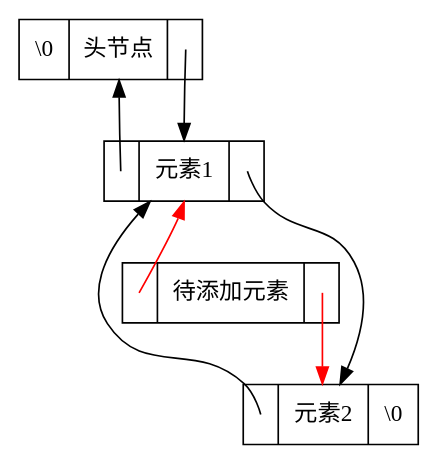
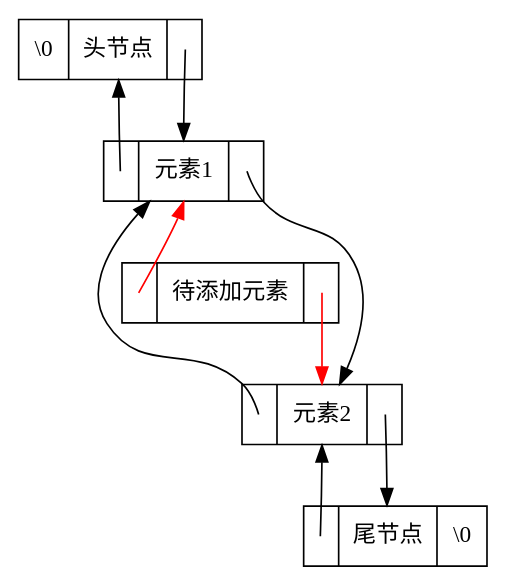
Diagram 24 of 31 in src/第一章-线性结构.md (xavierwoo/data_structrues_notes), drawn with Graphviz before and after one commit. The commit also changed other lines of this file and 1 other file, not shown here.

````diff
--- a/src/第一章-线性结构.md
+++ b/src/第一章-线性结构.md
@@ -553,16 +930,20 @@
 ```dot
 digraph G{
     node [shape = record]
-    H [label = "<p> \\0|<data> 头节点|<n> " group="list"]
+    H [label = "<p> \\0|<data> 头节点|<n> " 
+    group="list"]
     A [label = "<p> |<data> 元素1|<n> " group="list"]
     B [label = "<p> |<data> 待添加元素|<n> "]
-    C [label = "<p> |<data> 元素2|<n> \\0"]
+    C [label = "<p> |<data> 元素2|<n> "]
+    T [label = "<p> |<data> 尾节点|<n> \\0"]
     A:n:c -> C:data:c [tailclip=false ]
     C:p:c -> A:data:c [tailclip=false]
     H:n:c -> A:data [tailclip=false]
     A:p:c -> H:data [tailclip=false]
     B:p:c -> A:data [color=red tailclip=false]
     B:n:c -> C:data [color=red tailclip=false]
     A->B [style=invis]
+    C:n:c -> T:data [tailclip=false]
+    T:p:c -> C:data [tailclip=false]
 }
 ```
````
